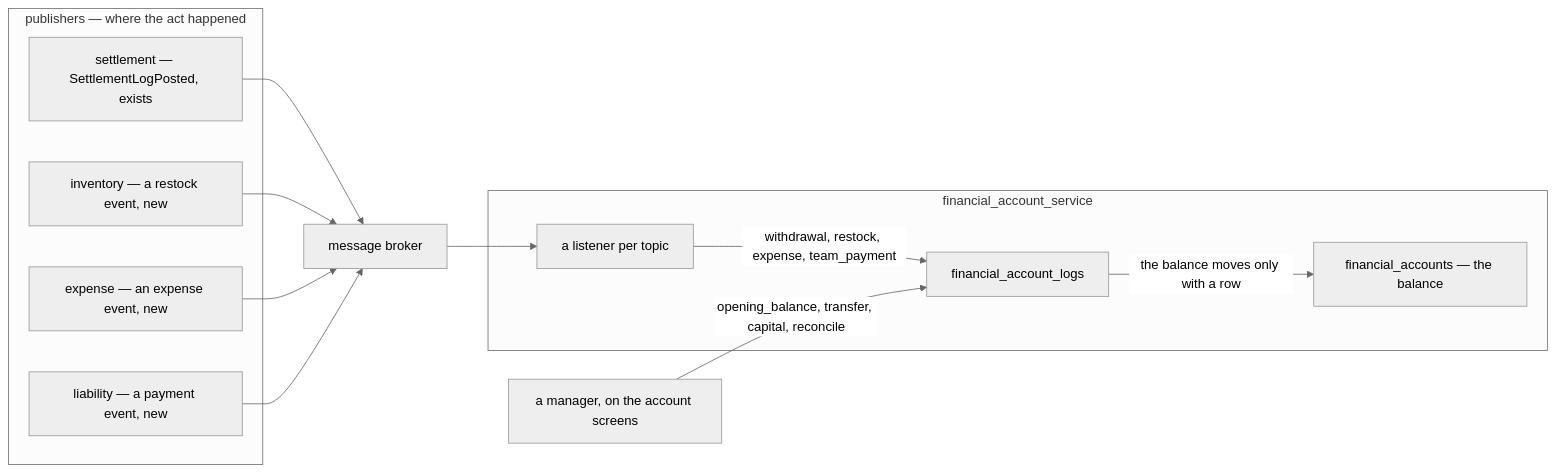
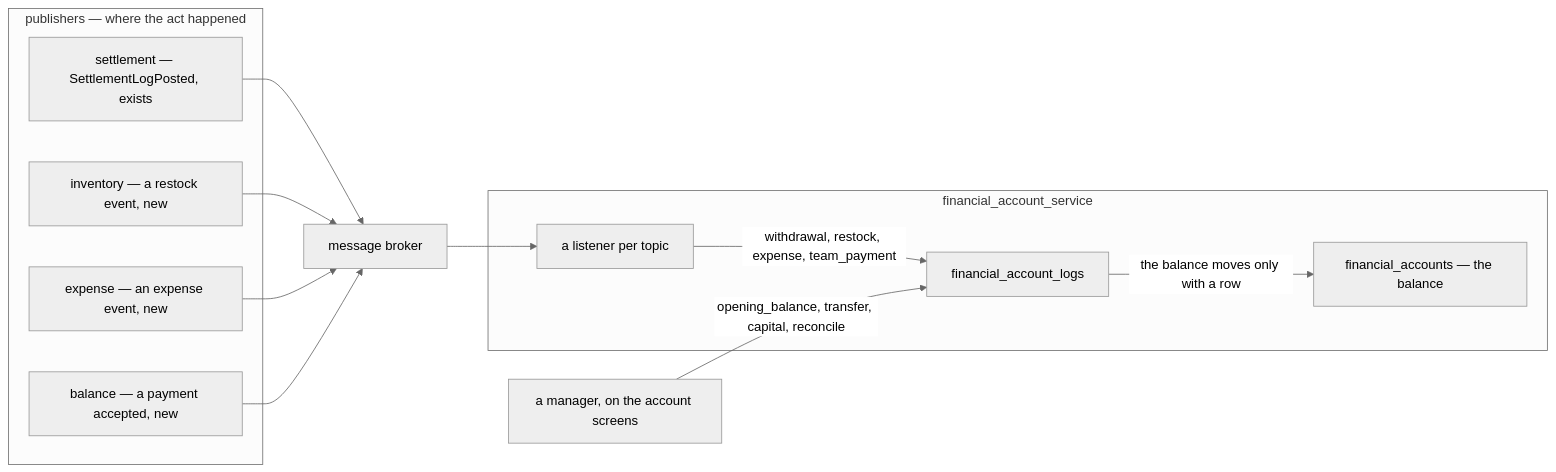
One commit to pdcgo/warehouse_revamp changed the second of 7 diagrams in docs/business/financial_account/context_clarify.md. Above: the diagram before and after it, drawn with Mermaid (neutral theme). The commit also changed other lines of this file and 3 other files, not shown here.

````diff
--- a/docs/business/financial_account/context_clarify.md
+++ b/docs/business/financial_account/context_clarify.md
@@ -128,24 +129,24 @@
 ```mermaid
 flowchart LR
   subgraph "publishers — where the act happened"
     W["settlement — SettlementLogPosted, exists"]
     R["inventory — a restock event, new"]
     X["expense — an expense event, new"]
-    P["liability — a payment event, new"]
+    P["balance — a payment accepted, new"]
   end
   B["message broker"]
   M["a manager, on the account screens"]
   subgraph "financial_account_service"
     C["a listener per topic"]
     L["financial_account_logs"]
     A["financial_accounts — the balance"]
   end
   W --> B
   R --> B
   X --> B
   P --> B
   B --> C
   C -->|"withdrawal, restock, expense, team_payment"| L
   M -->|"opening_balance, transfer, capital, reconcile"| L
   L -->|"the balance moves only with a row"| A
 ```
````
